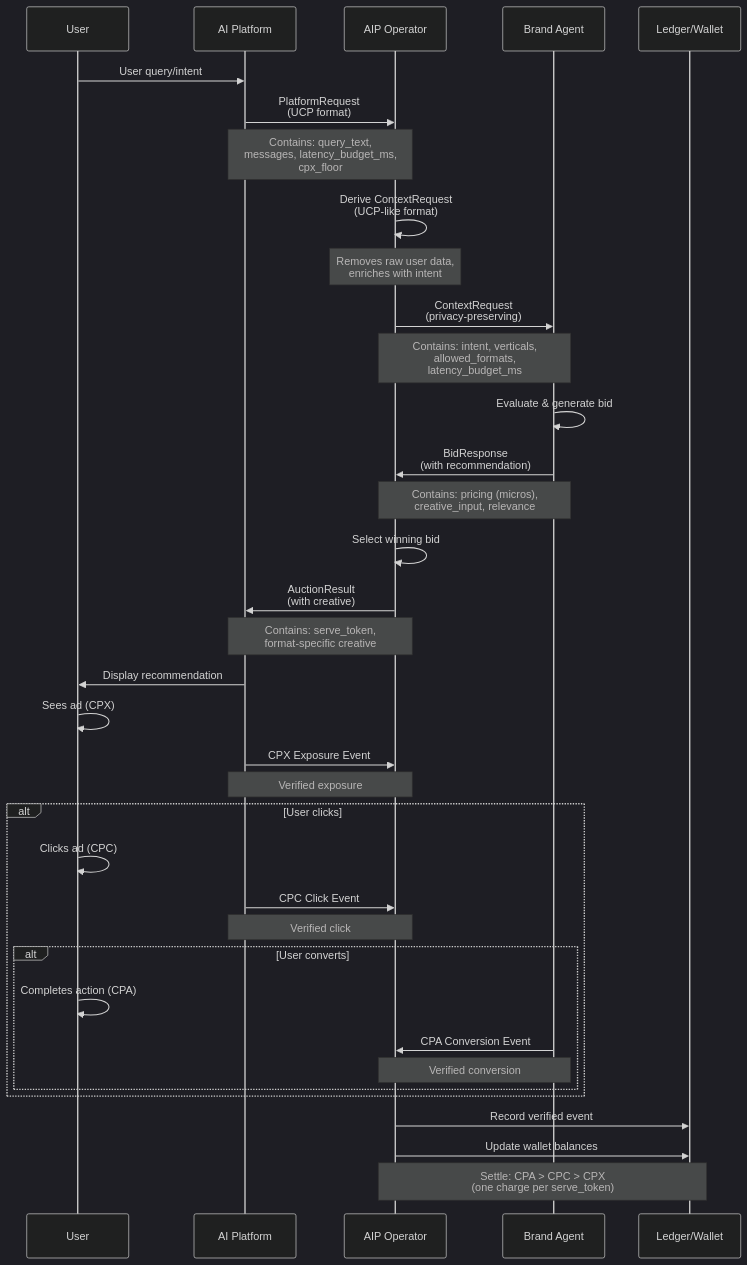
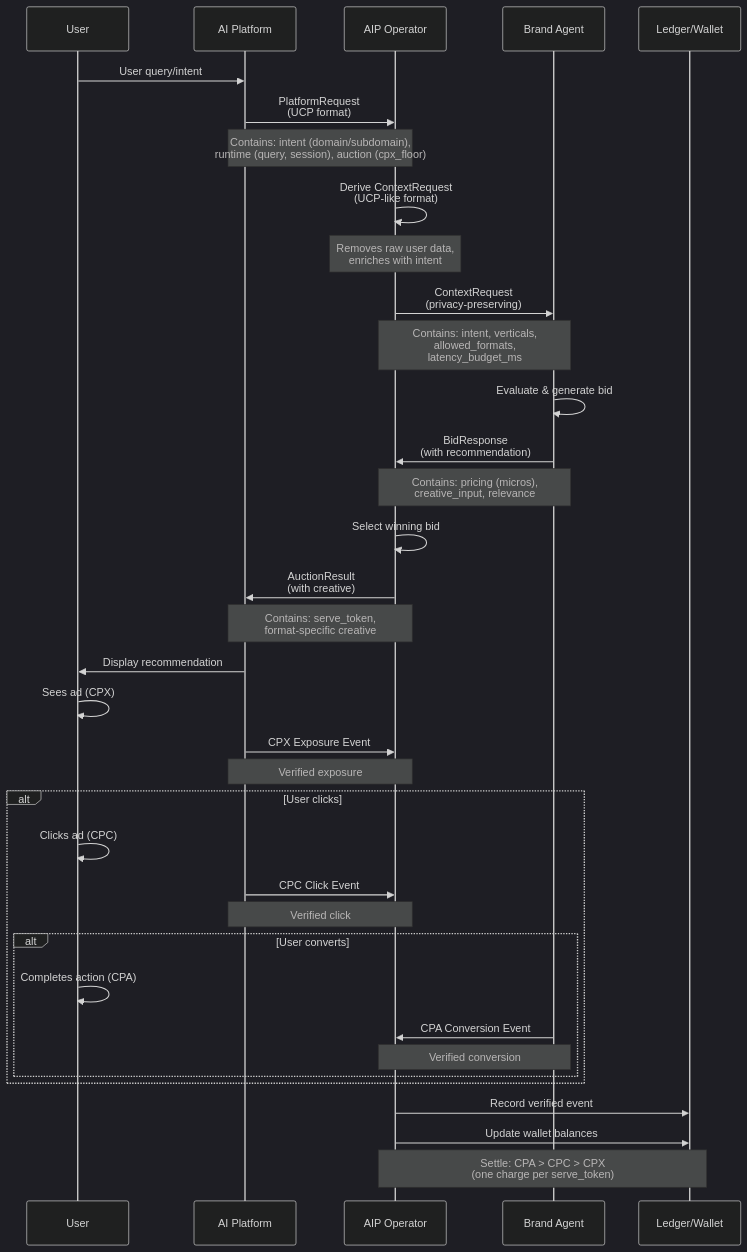
The diagram in end-to-end-flow.mdx (GouniManikumar12/mintlify-docs), drawn with Mermaid (dark theme) before and after one commit. The commit also changed other lines of this file and 17 other files, not shown here.

````diff
--- a/end-to-end-flow.mdx
+++ b/end-to-end-flow.mdx
@@ -10,48 +10,48 @@
 ```mermaid
 sequenceDiagram
     participant User
     participant Platform as AI Platform
     participant Operator as AIP Operator
     participant BrandAgent as Brand Agent
     participant Ledger as Ledger/Wallet
 
     User->>Platform: User query/intent
     Platform->>Operator: PlatformRequest<br/>(UCP format)
-    Note over Platform,Operator: Contains: query_text,<br/>messages, latency_budget_ms,<br/>cpx_floor
+    Note over Platform,Operator: Contains: intent (domain/subdomain),<br/>runtime (query, session), auction (cpx_floor)
     
     Operator->>Operator: Derive ContextRequest<br/>(UCP-like format)
     Note over Operator: Removes raw user data,<br/>enriches with intent
     
     Operator->>BrandAgent: ContextRequest<br/>(privacy-preserving)
     Note over Operator,BrandAgent: Contains: intent, verticals,<br/>allowed_formats,<br/>latency_budget_ms
     
     BrandAgent->>BrandAgent: Evaluate & generate bid
     BrandAgent->>Operator: BidResponse<br/>(with recommendation)
     Note over BrandAgent,Operator: Contains: pricing (micros),<br/>creative_input, relevance
     
     Operator->>Operator: Select winning bid
     Operator->>Platform: AuctionResult<br/>(with creative)
     Note over Operator,Platform: Contains: serve_token,<br/>format-specific creative
     
     Platform->>User: Display recommendation
     
     User->>User: Sees ad (CPX)
     Platform->>Operator: CPX Exposure Event
     Note over Platform,Operator: Verified exposure
     
     alt User clicks
         User->>User: Clicks ad (CPC)
         Platform->>Operator: CPC Click Event
         Note over Platform,Operator: Verified click
         
         alt User converts
             User->>User: Completes action (CPA)
             BrandAgent->>Operator: CPA Conversion Event
             Note over BrandAgent,Operator: Verified conversion
         end
     end
     
     Operator->>Ledger: Record verified event
     Operator->>Ledger: Update wallet balances
     Note over Operator,Ledger: Settle: CPA > CPC > CPX<br/>(one charge per serve_token)
 ```
````
